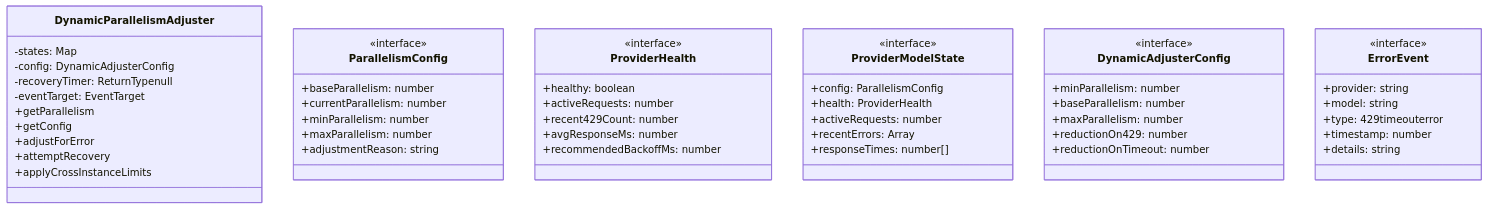
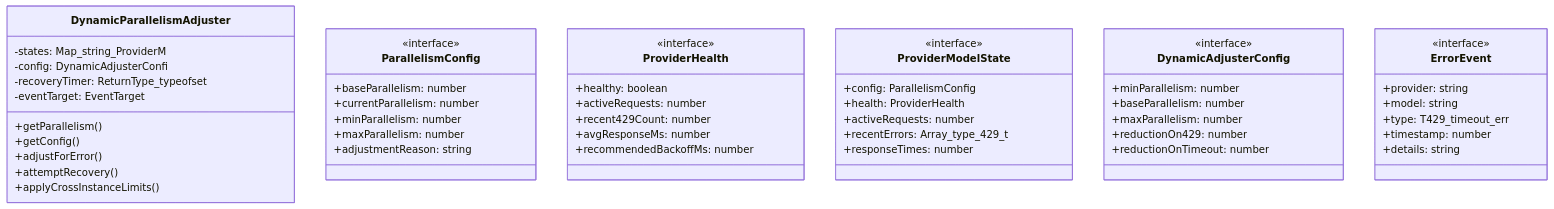
The first of 4 diagrams in ABDD/.pi/lib/dynamic-parallelism.md (Mekann2904/mekann), drawn with Mermaid before and after one commit. The commit also changed other lines of this file and 174 other files, not shown here.

First line of the commit message:
fix(docs): ABDDのMermaid図生成エラーを修正する

````diff
--- a/ABDD/.pi/lib/dynamic-parallelism.md
+++ b/ABDD/.pi/lib/dynamic-parallelism.md
@@ -43,54 +43,54 @@
 ```mermaid
 classDiagram
   class DynamicParallelismAdjuster {
-    -states: Map<stringProviderModelState>
-    -config: DynamicAdjusterConfig
-    -recoveryTimer: ReturnType<typeofsetInterval>null
+    -states: Map_string_ProviderM
+    -config: DynamicAdjusterConfi
+    -recoveryTimer: ReturnType_typeofset
     -eventTarget: EventTarget
-    +getParallelism
-    +getConfig
-    +adjustForError
-    +attemptRecovery
-    +applyCrossInstanceLimits
+    +getParallelism()
+    +getConfig()
+    +adjustForError()
+    +attemptRecovery()
+    +applyCrossInstanceLimits()
   }
   class ParallelismConfig {
     <<interface>>
     +baseParallelism: number
     +currentParallelism: number
     +minParallelism: number
     +maxParallelism: number
     +adjustmentReason: string
   }
   class ProviderHealth {
     <<interface>>
     +healthy: boolean
     +activeRequests: number
     +recent429Count: number
     +avgResponseMs: number
     +recommendedBackoffMs: number
   }
   class ProviderModelState {
     <<interface>>
     +config: ParallelismConfig
     +health: ProviderHealth
     +activeRequests: number
-    +recentErrors: Array<type429timeouterrortimestampnumber>
-    +responseTimes: number[]
+    +recentErrors: Array_type_429_t
+    +responseTimes: number
   }
   class DynamicAdjusterConfig {
     <<interface>>
     +minParallelism: number
     +baseParallelism: number
     +maxParallelism: number
     +reductionOn429: number
     +reductionOnTimeout: number
   }
   class ErrorEvent {
     <<interface>>
     +provider: string
     +model: string
-    +type: 429timeouterror
+    +type: T429_timeout_err
     +timestamp: number
     +details: string
   }
 ```
````
